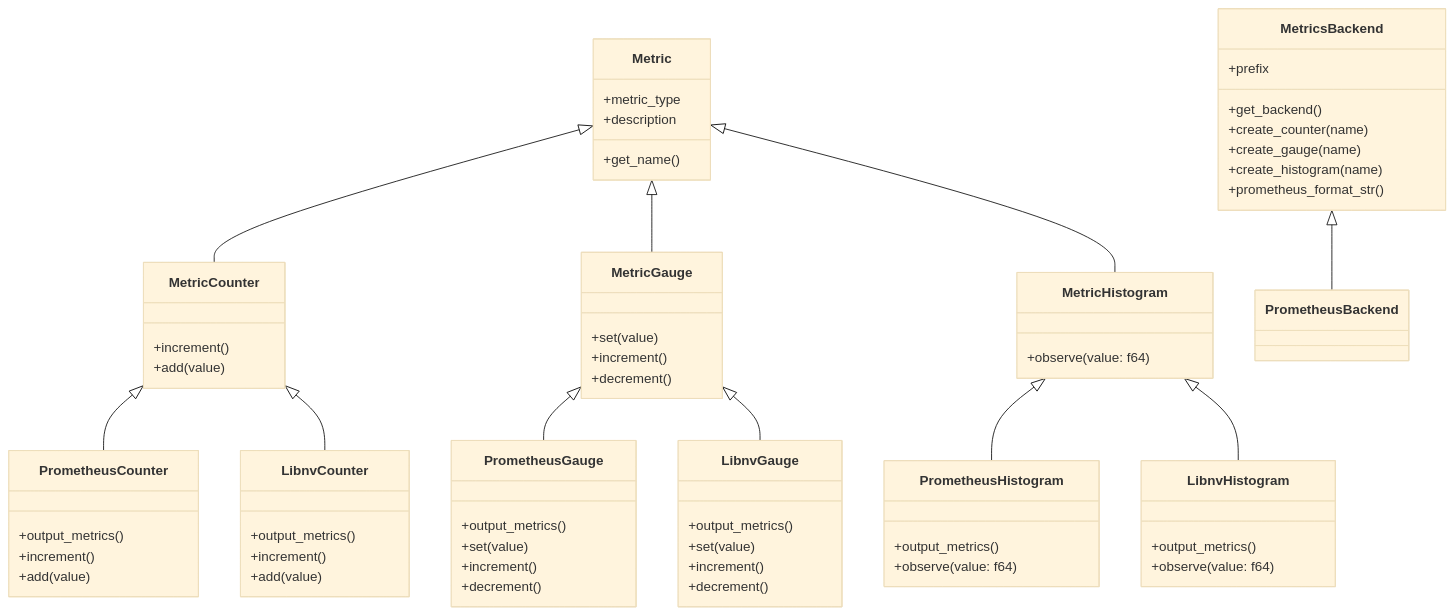
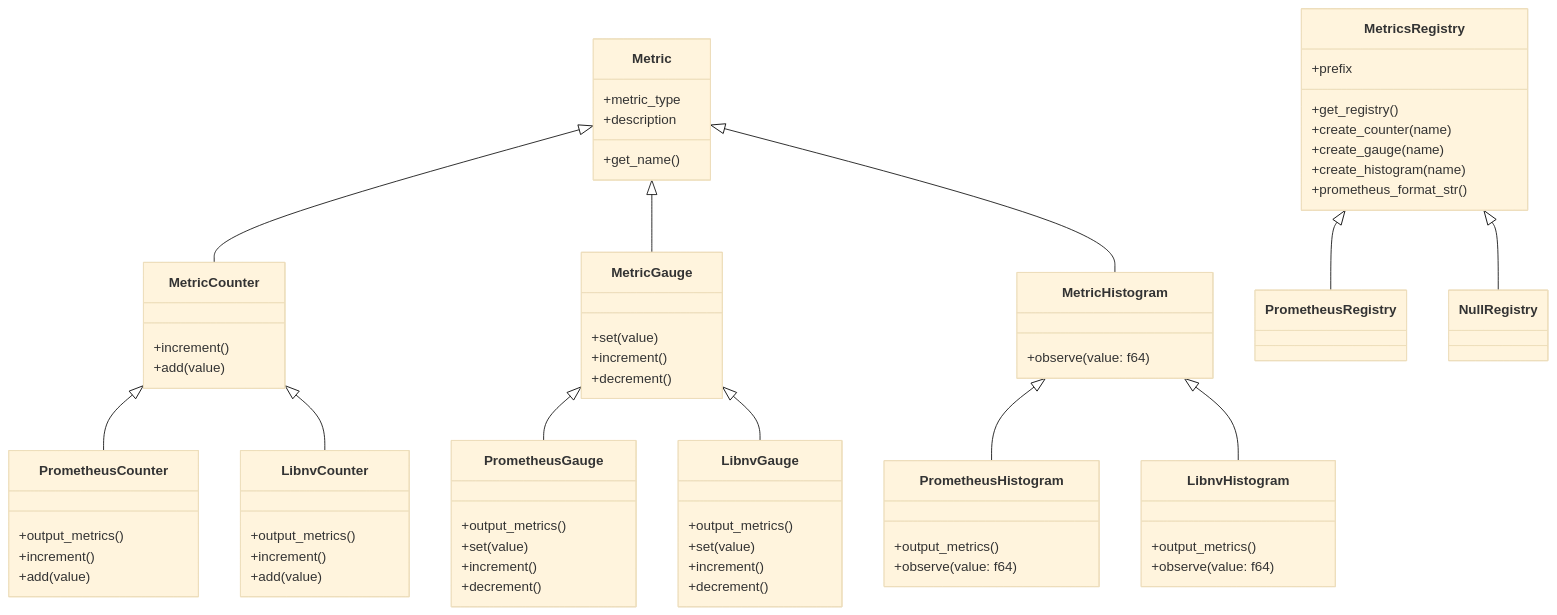
Before and after one commit to ai-dynamo/enhancements: the diagram in deps/NNNN-observability-metrics.md, drawn with Mermaid (base theme). The commit also changed other lines of this file, not shown here.

Commit message:
Update from backend to registry, and add NullRegistry

```diff
--- a/deps/NNNN-observability-metrics.md
+++ b/deps/NNNN-observability-metrics.md
@@ -158,19 +158,23 @@
         +observe(value: f64)
     }
 
-    class MetricsBackend {
+    class MetricsRegistry {
         +prefix
-        +get_backend()
+        +get_registry()
         +create_counter(name)
         +create_gauge(name)
         +create_histogram(name)
         +prometheus_format_str()
     }
 
-    class PrometheusBackend {
+    class PrometheusRegistry {
     }
 
-    MetricsBackend <|-- PrometheusBackend
+    class NullRegistry {
+    }
+
+    MetricsRegistry <|-- PrometheusRegistry
+    MetricsRegistry <|-- NullRegistry
 
     Metric <|-- MetricCounter
     Metric <|-- MetricGauge
```
